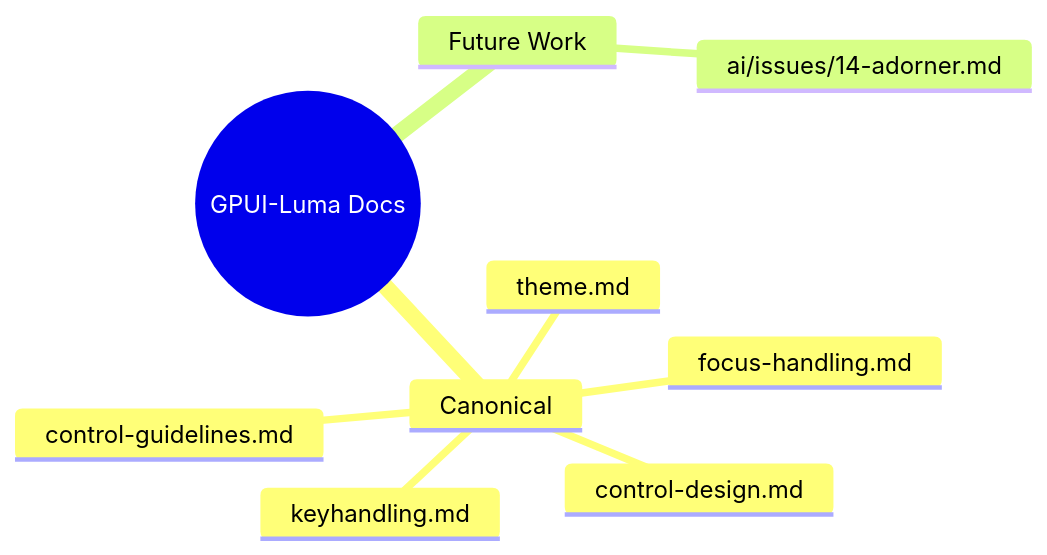
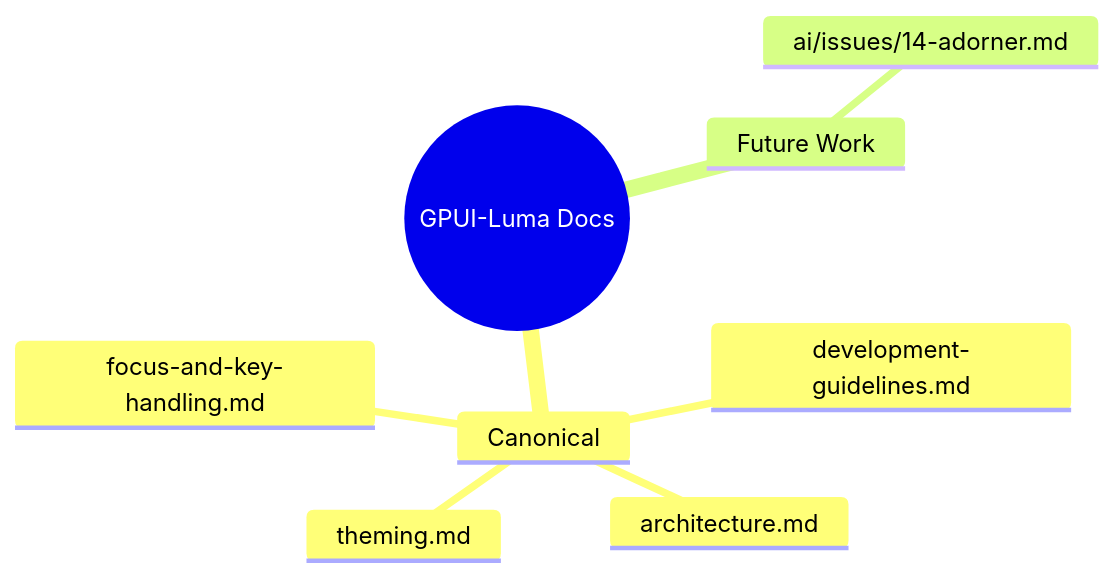
The diagram in docs/README.md (gpui-luma-dev/gpui-luma), drawn with Mermaid before and after one commit. The commit also changed other lines of this file and 21 other files, not shown here.

````diff
--- a/docs/README.md
+++ b/docs/README.md
@@ -7,12 +7,11 @@
 ```mermaid
 mindmap
   root((GPUI-Luma Docs))
     Canonical
-      control-design.md
-      control-guidelines.md
-      focus-handling.md
-      keyhandling.md
-      theme.md
+      architecture.md
+      development-guidelines.md
+      theming.md
+      focus-and-key-handling.md
     Future Work
       ai/issues/14-adorner.md
 ```
````
